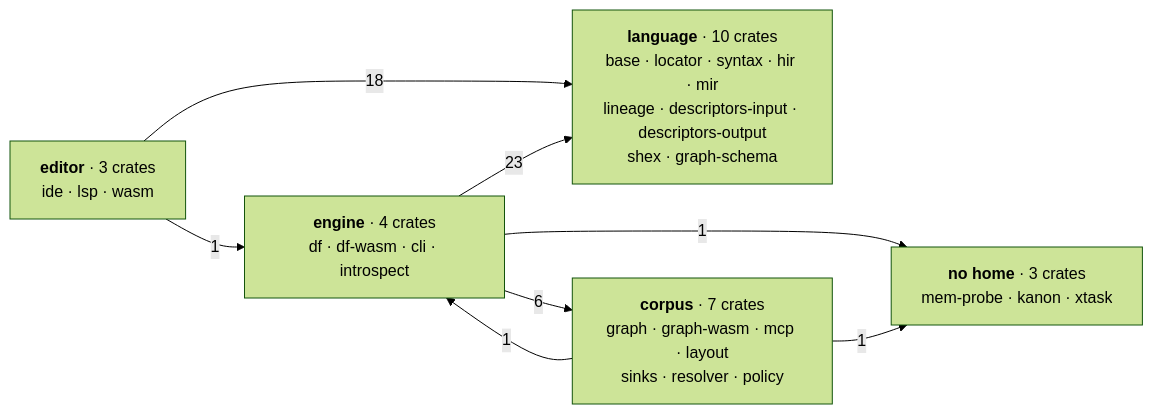
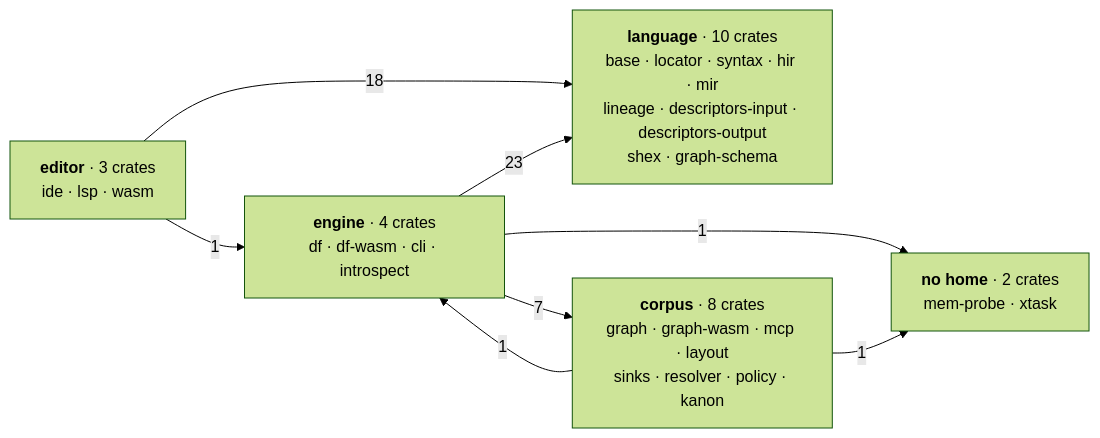
One commit to Kanzo-Tech/fossil-lang changed the first of 4 diagrams in apps/docs/content/docs/(root)/architecture.mdx. Above: the diagram before and after it, drawn with Mermaid (forest theme). The commit also changed other lines of this file and 4 other files, not shown here.

First line of the commit message:
docs(privacy): the profile is six terms, the writer derives, and kanon has a home

````diff
--- a/apps/docs/content/docs/(root)/architecture.mdx
+++ b/apps/docs/content/docs/(root)/architecture.mdx
@@ -14,16 +14,16 @@
 ```mermaid
 graph LR
   L["<b>language</b> · 10 crates<br/>base · locator · syntax · hir · mir<br/>lineage · descriptors-input · descriptors-output<br/>shex · graph-schema"]
   E["<b>editor</b> · 3 crates<br/>ide · lsp · wasm"]
   M["<b>engine</b> · 4 crates<br/>df · df-wasm · cli · introspect"]
-  C["<b>corpus</b> · 7 crates<br/>graph · graph-wasm · mcp · layout<br/>sinks · resolver · policy"]
-  X["<b>no home</b> · 3 crates<br/>mem-probe · kanon · xtask"]
+  C["<b>corpus</b> · 8 crates<br/>graph · graph-wasm · mcp · layout<br/>sinks · resolver · policy · kanon"]
+  X["<b>no home</b> · 2 crates<br/>mem-probe · xtask"]
 
   E -->|18| L
   E -->|1| M
   M -->|23| L
-  M -->|6| C
+  M -->|7| C
   C -->|1| M
   M -->|1| X
   C -->|1| X
 ```
````
